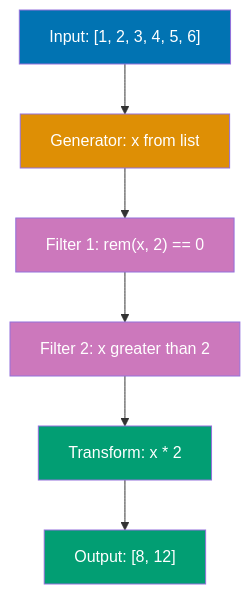
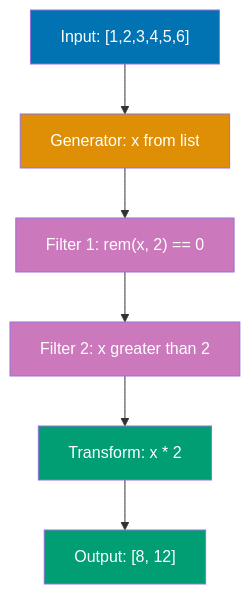
Diagram 21 of 24 in apps/ayokoding-www/content/en/learn/software-engineering/programming-languages/elixir/by-example/advanced.md (wahidyankf/baseerah), drawn with Mermaid before and after one commit. The commit also changed other lines of this file and 88 other files, not shown here.

First line of the commit message:
fix(ayokoding-www): resolve pre-existing Mermaid violations, exclude fixtures/plans-done

````diff
--- a/apps/ayokoding-www/content/en/learn/software-engineering/programming-languages/elixir/by-example/advanced.md
+++ b/apps/ayokoding-www/content/en/learn/software-engineering/programming-languages/elixir/by-example/advanced.md
@@ -3903,15 +3903,15 @@
 ```mermaid
 graph TD
-    Input["Input: #91;1, 2, 3, 4, 5, 6#93;"] --> Generator["Generator: x from list"]
+    Input["Input: #91;1,2,3,4,5,6#93;"] --> Generator["Generator: x from list"]
     Generator --> Filter1["Filter 1: rem#40;x, 2#41; == 0"]
     Filter1 --> Filter2["Filter 2: x greater than 2"]
     Filter2 --> Transform["Transform: x * 2"]
     Transform --> Output["Output: #91;8, 12#93;"]
 
     style Input fill:#0173B2,color:#fff
     style Generator fill:#DE8F05,color:#fff
     style Filter1 fill:#CC78BC,color:#fff
     style Filter2 fill:#CC78BC,color:#fff
     style Transform fill:#029E73,color:#fff
     style Output fill:#029E73,color:#fff
 ```
````
